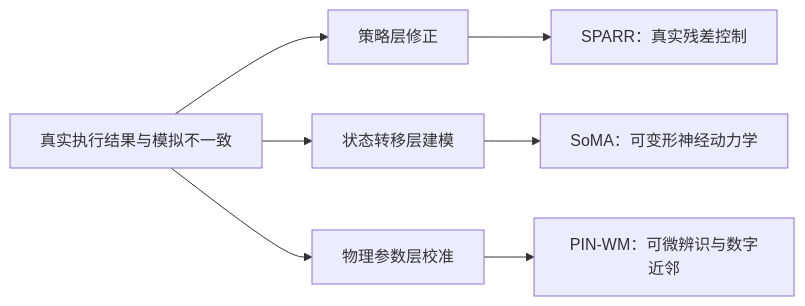
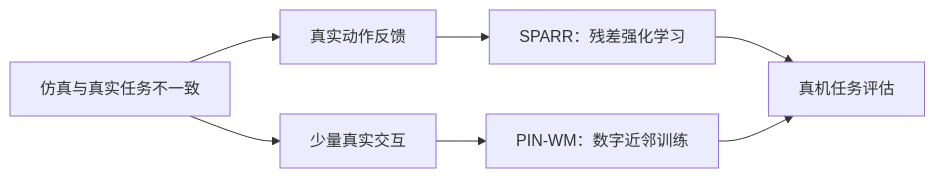
One commit to hellojean123/Sim2Real-Frontier-Survey changed the ninth of 27 diagrams in docs/Sim2Real_前沿技术路线综述_2025-2026.md. Above: the diagram before and after it, drawn with Mermaid. The commit also changed other lines of this file and 27 other files, not shown here.

````diff
--- a/docs/Sim2Real_前沿技术路线综述_2025-2026.md
+++ b/docs/Sim2Real_前沿技术路线综述_2025-2026.md
@@ -595,9 +590,9 @@
 ```mermaid
 flowchart LR
-  A[真实执行结果与模拟不一致] --> B[策略层修正]
-  B --> C[SPARR：真实残差控制]
-  A --> D[状态转移层建模]
-  D --> E[SoMA：可变形神经动力学]
-  A --> F[物理参数层校准]
-  F --> G[PIN-WM：可微辨识与数字近邻]
+ A[仿真与真实任务不一致] --> B[真实动作反馈]
+ B --> C[SPARR：残差强化学习]
+ A --> D[少量真实交互]
+ D --> E[PIN-WM：数字近邻训练]
+ C --> F[真机任务评估]
+ E --> F
 ```
````
